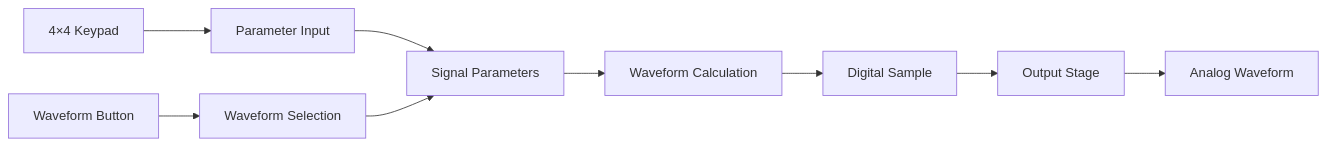
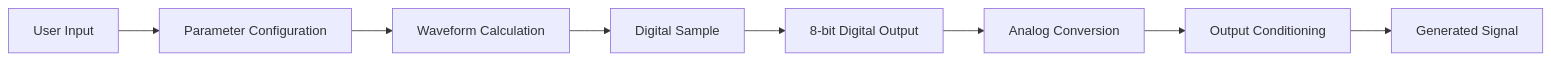
One commit to MissingXNO/RP2024-Digital-Signal-Generator changed the diagram in README.md. Above: the diagram before and after it, drawn with Mermaid. The commit also changed other lines of this file, not shown here.

````diff
--- a/README.md
+++ b/README.md
@@ -117,11 +136,10 @@
 ```mermaid
 flowchart LR
-    A[4×4 Keypad] --> B[Parameter Input]
-    C[Waveform Button] --> D[Waveform Selection]
-    B --> E[Signal Parameters]
-    D --> E
-    E --> F[Waveform Calculation]
-    F --> G[Digital Sample]
-    G --> H[Output Stage]
-    H --> I[Analog Waveform]
+    A[User Input] --> B[Parameter Configuration]
+    B --> C[Waveform Calculation]
+    C --> D[Digital Sample]
+    D --> E[8-bit Digital Output]
+    E --> F[Analog Conversion]
+    F --> G[Output Conditioning]
+    G --> H[Generated Signal]
 ```
````
